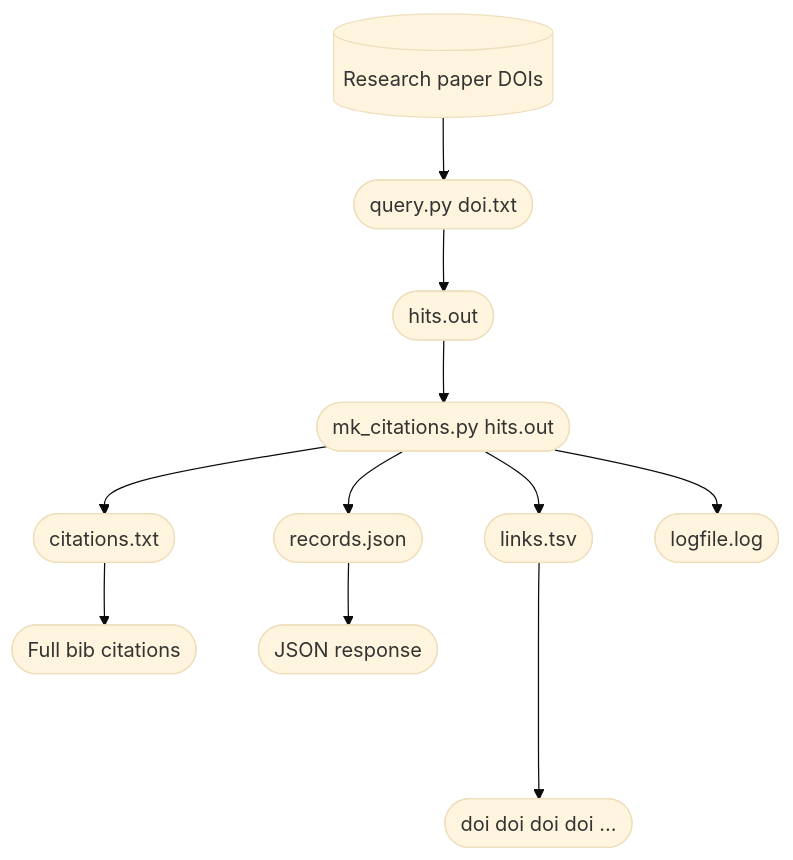
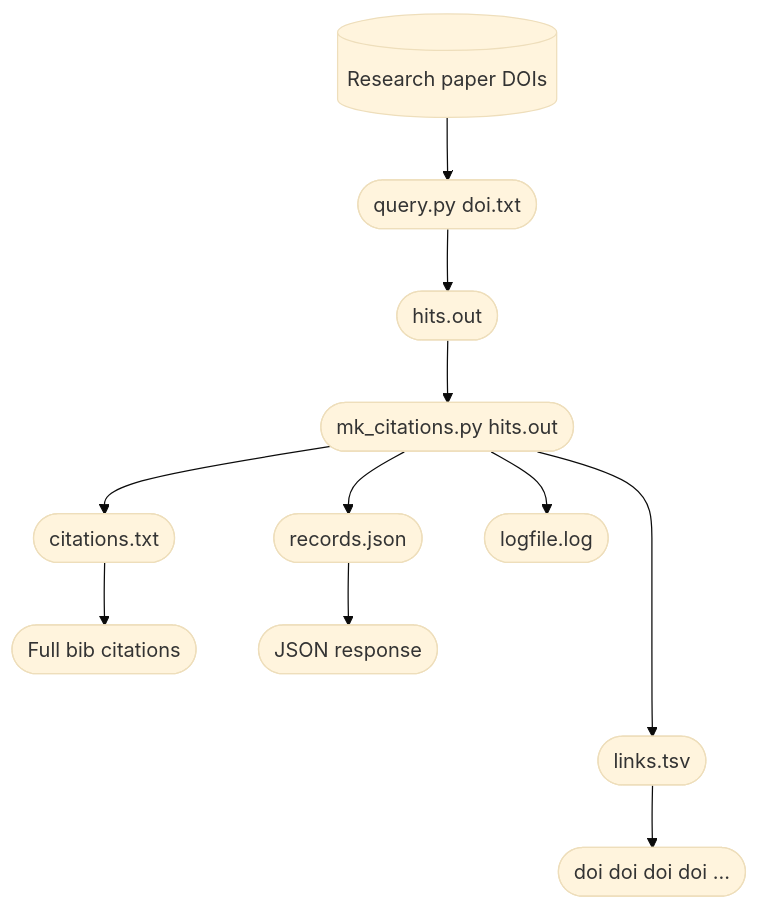
One commit to sefnyn/scholix changed the diagram in README.md. Above: the diagram before and after it, drawn with Mermaid (base theme).

````diff
--- a/README.md
+++ b/README.md
@@ -3,14 +3,14 @@
 ```mermaid
 graph TD;
     A[(Research paper DOIs)]
     A --> B([query.py doi.txt]);
     B --> C([hits.out]);
     C --> D([mk_citations.py hits.out]);
-    D --> E([links.tsv]);
+    D ----> E([links.tsv]);
     D --> F([citations.txt]);
     D --> G([records.json]);
     D --> H([logfile.log]);
-    E ----> J(["doi doi doi doi ..."]);
+    E --> J(["doi doi doi doi ..."]);
     F --> K([Full bib citations]);
     G --> L([JSON response]);
 ```
````
